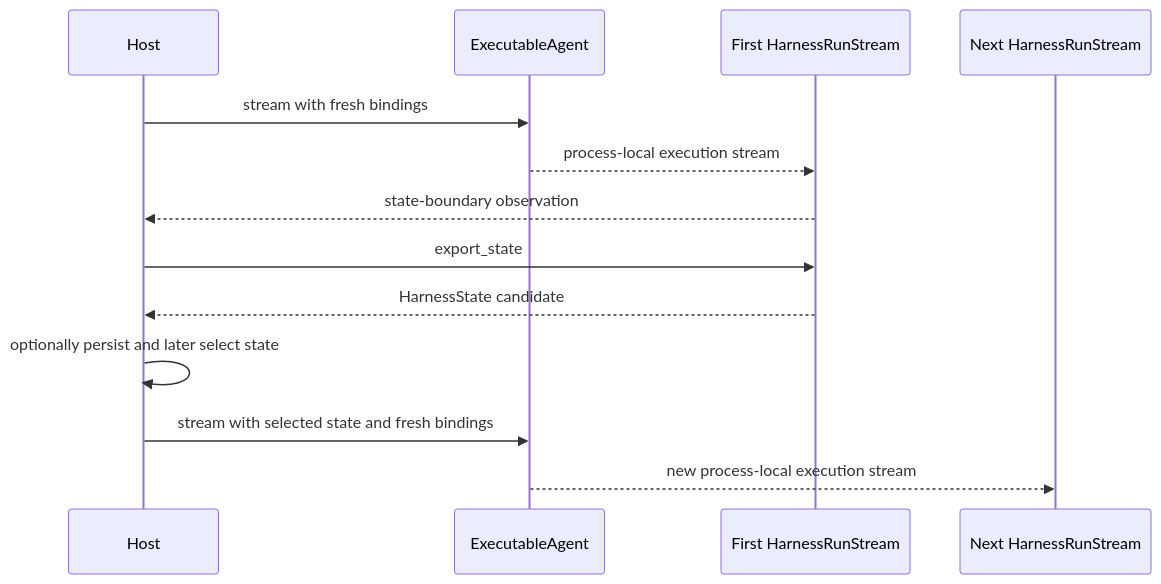
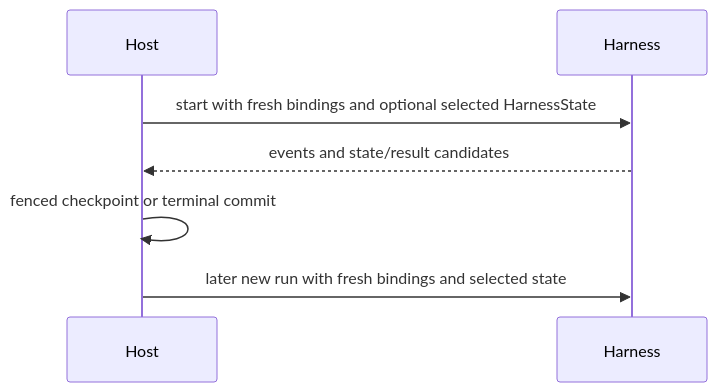
One commit to LTThreeComma/agent-foundation changed the second of 2 diagrams in spec/agent-harness/13-hosting-contract.md. Above: the diagram before and after it, drawn with Mermaid. The commit also changed other lines of this file and 31 other files, not shown here.

Commit message:
feat(harness): align code-first runtime contracts

````diff
--- a/spec/agent-harness/13-hosting-contract.md
+++ b/spec/agent-harness/13-hosting-contract.md
@@ -86,16 +64,10 @@
 ```mermaid
 sequenceDiagram
     participant Host
-    participant Exec as ExecutableAgent
-    participant First as First HarnessRunStream
-    participant Next as Next HarnessRunStream
+    participant Harness
 
-    Host->>Exec: stream with fresh bindings
-    Exec-->>First: process-local execution stream
-    First-->>Host: state-boundary observation
-    Host->>First: export_state
-    First-->>Host: HarnessState candidate
-    Host->>Host: optionally persist and later select state
-    Host->>Exec: stream with selected state and fresh bindings
-    Exec-->>Next: new process-local execution stream
+    Host->>Harness: start with fresh bindings and optional selected HarnessState
+    Harness-->>Host: events and state/result candidates
+    Host->>Host: fenced checkpoint or terminal commit
+    Host->>Harness: later new run with fresh bindings and selected state
 ```
````
